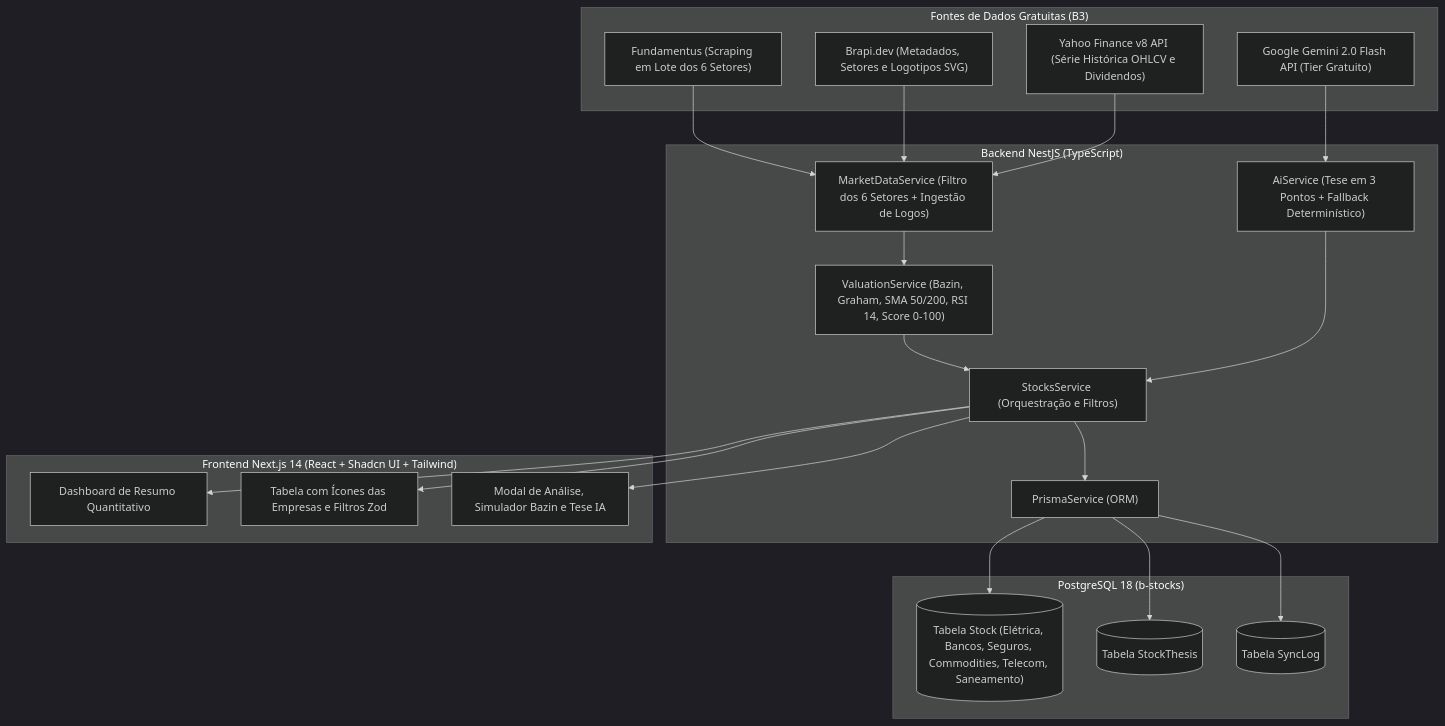
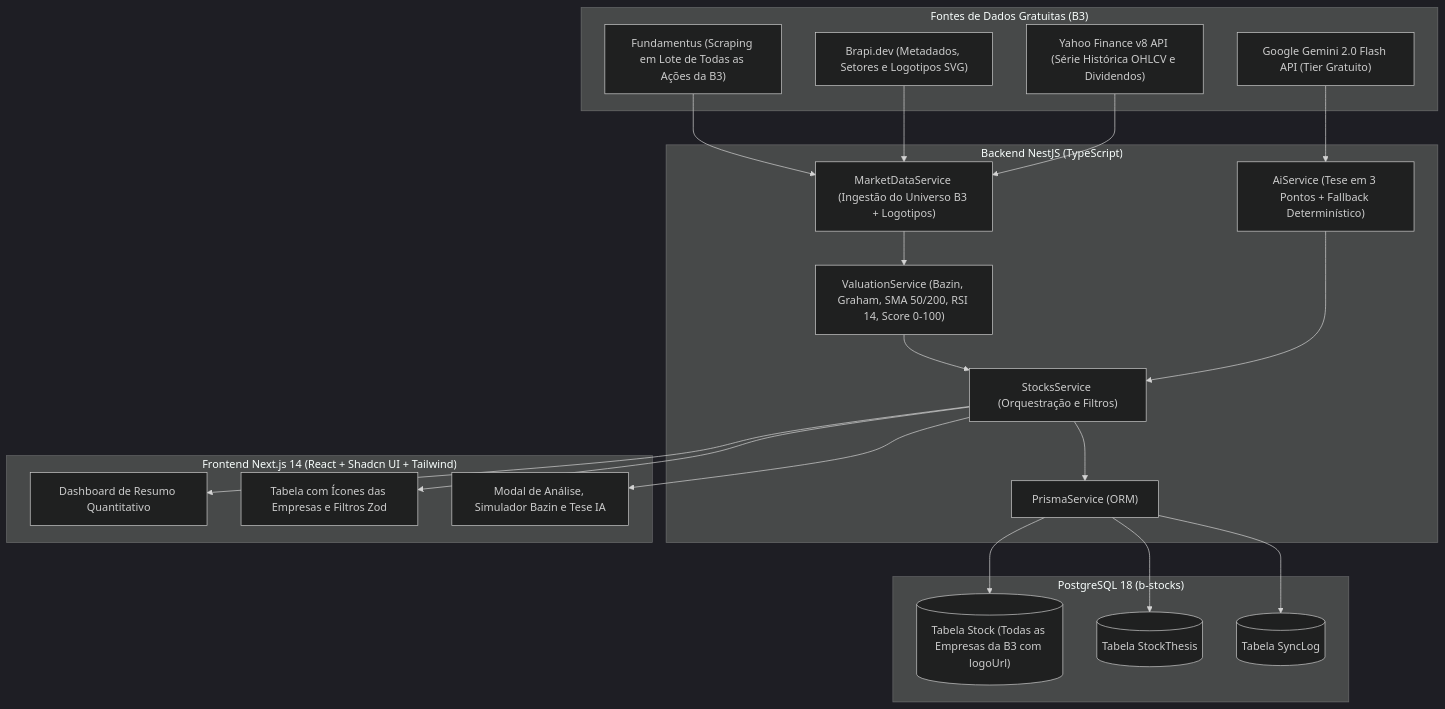
Before and after one commit to AndreRuperto/B-Stocks: the diagram in docs/ARCHITECTURE.md, drawn with Mermaid (dark theme). The commit also changed other lines of this file, not shown here.

Commit message:
docs(architecture): update architecture diagram and coverage for full b3 universe

````diff
--- a/docs/ARCHITECTURE.md
+++ b/docs/ARCHITECTURE.md
@@ -7,38 +7,38 @@
 ```mermaid
 flowchart TD
     subgraph Sources["Fontes de Dados Gratuitas (B3)"]
-        Fundamentus["Fundamentus (Scraping em Lote dos 6 Setores)"]
+        Fundamentus["Fundamentus (Scraping em Lote de Todas as Ações da B3)"]
         Brapi["Brapi.dev (Metadados, Setores e Logotipos SVG)"]
         Yahoo["Yahoo Finance v8 API (Série Histórica OHLCV e Dividendos)"]
         Gemini["Google Gemini 2.0 Flash API (Tier Gratuito)"]
     end
 
     subgraph Backend["Backend NestJS (TypeScript)"]
-        MarketData["MarketDataService (Filtro dos 6 Setores + Ingestão de Logos)"]
+        MarketData["MarketDataService (Ingestão do Universo B3 + Logotipos)"]
         Valuation["ValuationService (Bazin, Graham, SMA 50/200, RSI 14, Score 0-100)"]
         AiService["AiService (Tese em 3 Pontos + Fallback Determinístico)"]
         StocksService["StocksService (Orquestração e Filtros)"]
         Prisma["PrismaService (ORM)"]
     end
 
     subgraph Database["PostgreSQL 18 (b-stocks)"]
-        StockTable[("Tabela Stock (Elétrica, Bancos, Seguros, Commodities, Telecom, Saneamento)")]
+        StockTable[("Tabela Stock (Todas as Empresas da B3 com logoUrl)")]
         ThesisTable[("Tabela StockThesis")]
         SyncLogTable[("Tabela SyncLog")]
     end
 
     subgraph Frontend["Frontend Next.js 14 (React + Shadcn UI + Tailwind)"]
         Dashboard["Dashboard de Resumo Quantitativo"]
         RankingTable["Tabela com Ícones das Empresas e Filtros Zod"]
         Modal["Modal de Análise, Simulador Bazin e Tese IA"]
     end
 
     Fundamentus & Brapi & Yahoo --> MarketData
     MarketData --> Valuation
     Valuation --> StocksService
     Gemini --> AiService
     AiService --> StocksService
     StocksService --> Prisma
     Prisma --> StockTable & ThesisTable & SyncLogTable
     StocksService --> Dashboard & RankingTable & Modal
 ```
````
